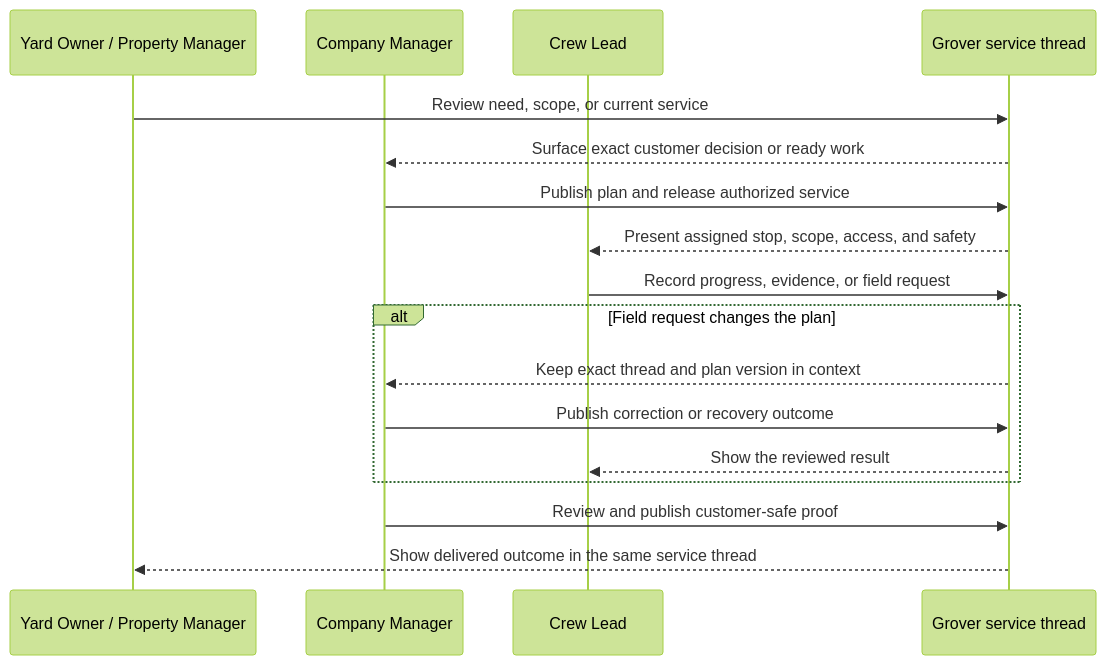
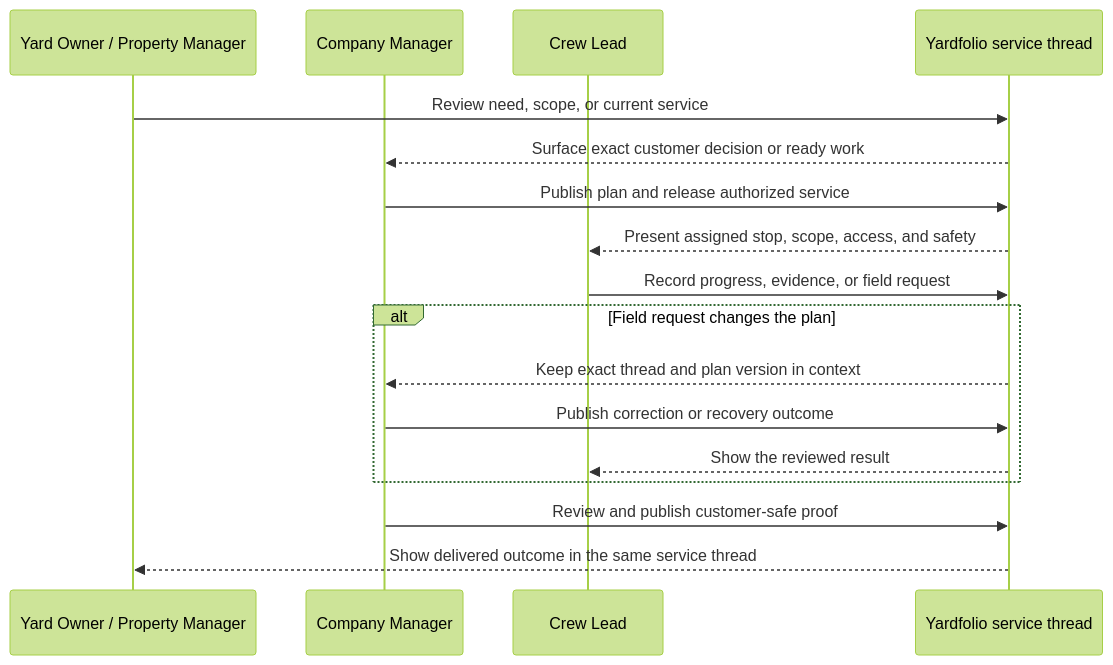
Before and after one commit to ericbarber/grover-landscaping: the second of 2 diagrams in design/review/simplified-product-experience-plan.md, drawn with Mermaid (forest theme). The commit also changed other lines of this file and 85 other files, not shown here.

````diff
--- a/design/review/simplified-product-experience-plan.md
+++ b/design/review/simplified-product-experience-plan.md
@@ -171,20 +171,20 @@
 ```mermaid
 sequenceDiagram
     participant Customer as Yard Owner / Property Manager
     participant Manager as Company Manager
     participant Lead as Crew Lead
-    participant System as Grover service thread
+    participant System as Yardfolio service thread
 
     Customer->>System: Review need, scope, or current service
     System-->>Manager: Surface exact customer decision or ready work
     Manager->>System: Publish plan and release authorized service
     System-->>Lead: Present assigned stop, scope, access, and safety
     Lead->>System: Record progress, evidence, or field request
     alt Field request changes the plan
         System-->>Manager: Keep exact thread and plan version in context
         Manager->>System: Publish correction or recovery outcome
         System-->>Lead: Show the reviewed result
     end
     Manager->>System: Review and publish customer-safe proof
     System-->>Customer: Show delivered outcome in the same service thread
 ```
````
